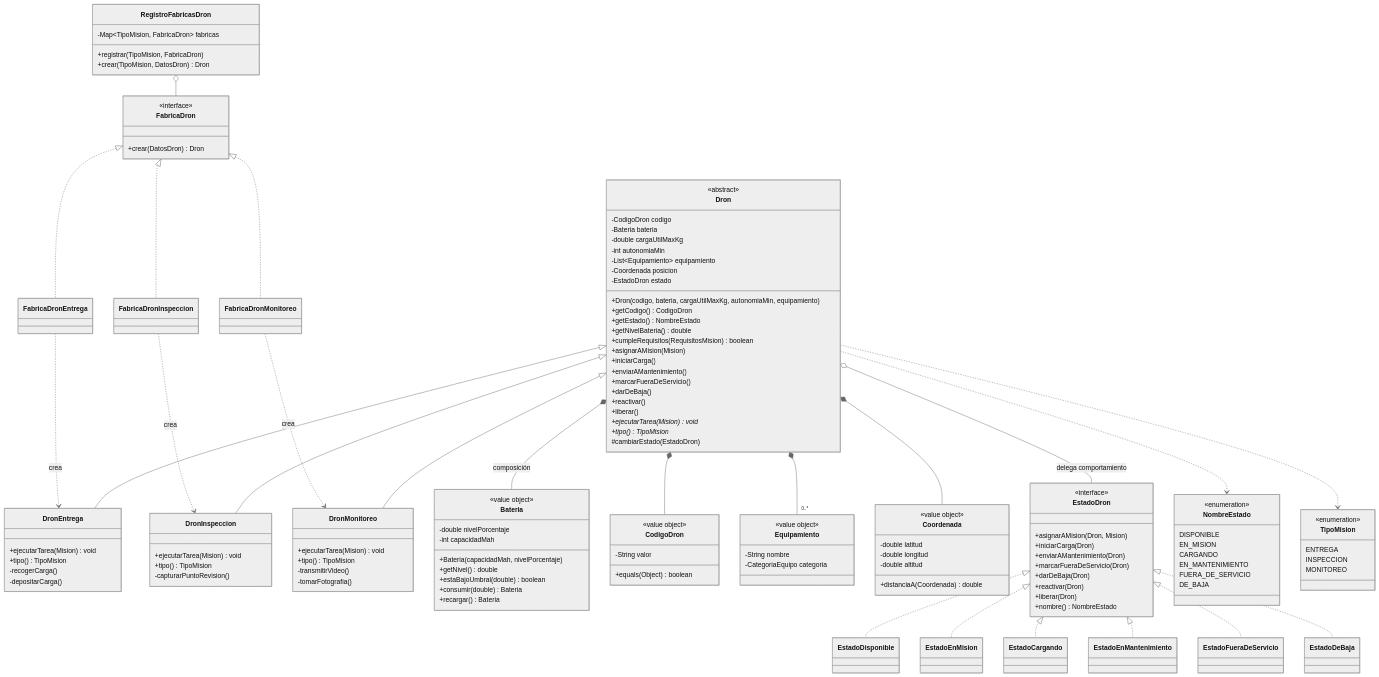
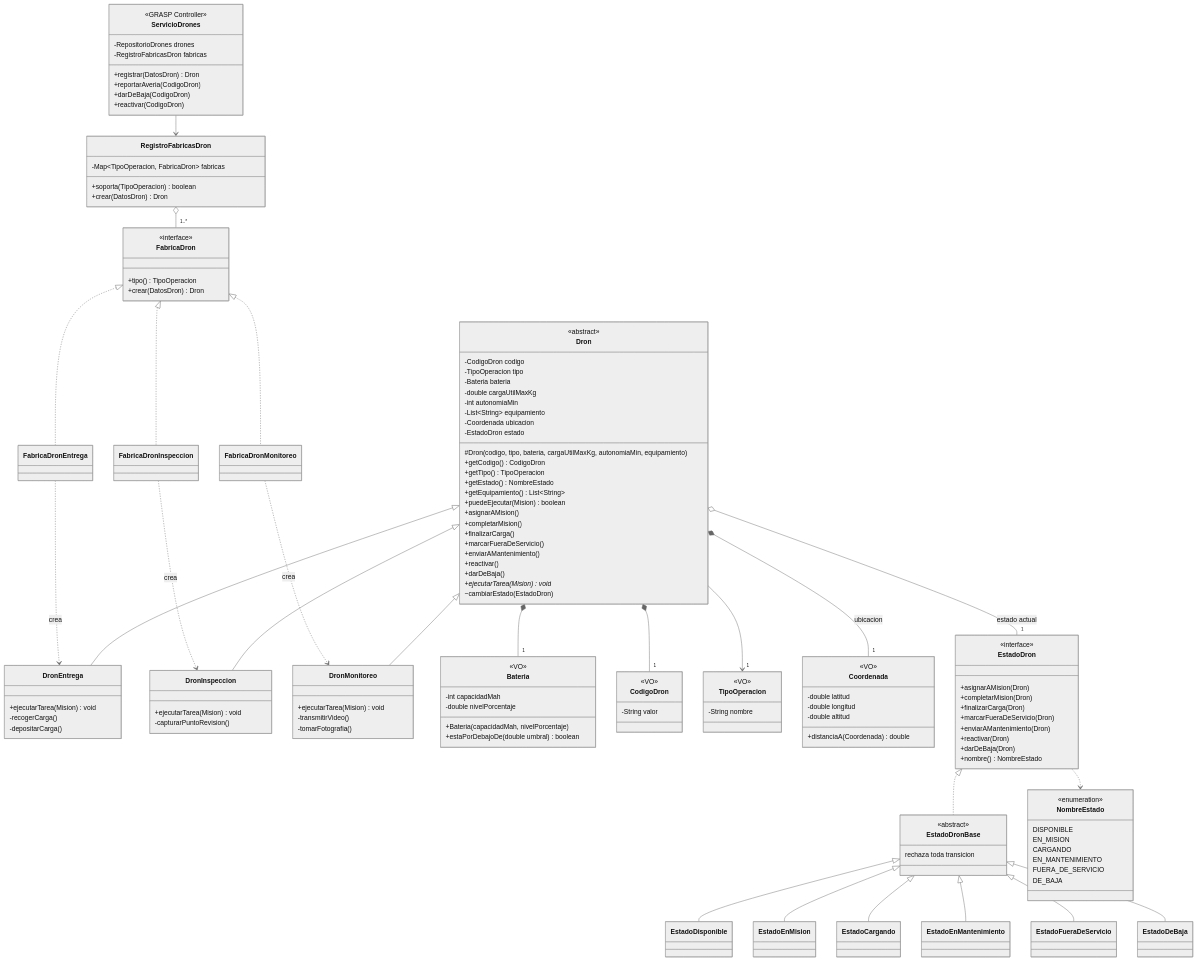
One commit to Juanescuaran2041/dronflow changed the first of 7 diagrams in docs/diagrama-clases.md. Above: the diagram before and after it, drawn with Mermaid (neutral theme). The commit also changed other lines of this file and 11 other files, not shown here.

````diff
--- a/docs/diagrama-clases.md
+++ b/docs/diagrama-clases.md
@@ -17,68 +16,61 @@
     class Dron {
         <<abstract>>
         -CodigoDron codigo
+        -TipoOperacion tipo
         -Bateria bateria
         -double cargaUtilMaxKg
         -int autonomiaMin
-        -List~Equipamiento~ equipamiento
-        -Coordenada posicion
+        -List~String~ equipamiento
+        -Coordenada ubicacion
         -EstadoDron estado
-        +Dron(codigo, bateria, cargaUtilMaxKg, autonomiaMin, equipamiento)
+        #Dron(codigo, tipo, bateria, cargaUtilMaxKg, autonomiaMin, equipamiento)
         +getCodigo() CodigoDron
+        +getTipo() TipoOperacion
         +getEstado() NombreEstado
-        +getNivelBateria() double
-        +cumpleRequisitos(RequisitosMision) boolean
-        +asignarAMision(Mision)
-        +iniciarCarga()
+        +getEquipamiento() List~String~
+        +puedeEjecutar(Mision) boolean
+        +asignarAMision()
+        +completarMision()
+        +finalizarCarga()
+        +marcarFueraDeServicio()
         +enviarAMantenimiento()
-        +marcarFueraDeServicio()
+        +reactivar()
         +darDeBaja()
-        +reactivar()
-        +liberar()
         +ejecutarTarea(Mision)* void
-        +tipo()* TipoMision
-        #cambiarEstado(EstadoDron)
+        ~cambiarEstado(EstadoDron)
     }
     class DronEntrega {
         +ejecutarTarea(Mision) void
-        +tipo() TipoMision
         -recogerCarga()
         -depositarCarga()
     }
     class DronInspeccion {
         +ejecutarTarea(Mision) void
-        +tipo() TipoMision
         -capturarPuntoRevision()
     }
     class DronMonitoreo {
         +ejecutarTarea(Mision) void
-        +tipo() TipoMision
         -transmitirVideo()
         -tomarFotografia()
     }
 
     class Bateria {
-        <<value object>>
+        <<VO>>
+        -int capacidadMah
         -double nivelPorcentaje
-        -int capacidadMah
         +Bateria(capacidadMah, nivelPorcentaje)
-        +getNivel() double
-        +estaBajoUmbral(double) boolean
-        +consumir(double) Bateria
-        +recargar() Bateria
+        +estaPorDebajoDe(double umbral) boolean
     }
     class CodigoDron {
-        <<value object>>
+        <<VO>>
         -String valor
-        +equals(Object) boolean
     }
-    class Equipamiento {
-        <<value object>>
+    class TipoOperacion {
+        <<VO>>
         -String nombre
-        -CategoriaEquipo categoria
     }
     class Coordenada {
-        <<value object>>
+        <<VO>>
         -double latitud
         -double longitud
         -double altitud
@@ -87,14 +79,18 @@
 
     class EstadoDron {
         <<interface>>
-        +asignarAMision(Dron, Mision)
-        +iniciarCarga(Dron)
+        +asignarAMision(Dron)
+        +completarMision(Dron)
+        +finalizarCarga(Dron)
+        +marcarFueraDeServicio(Dron)
         +enviarAMantenimiento(Dron)
-        +marcarFueraDeServicio(Dron)
+        +reactivar(Dron)
         +darDeBaja(Dron)
-        +reactivar(Dron)
-        +liberar(Dron)
         +nombre() NombreEstado
+    }
+    class EstadoDronBase {
+        <<abstract>>
+        rechaza toda transicion
     }
     class EstadoDisponible
     class EstadoEnMision
@@ -102,7 +98,6 @@
     class EstadoEnMantenimiento
     class EstadoFueraDeServicio
     class EstadoDeBaja
-
     class NombreEstado {
         <<enumeration>>
         DISPONIBLE
@@ -112,50 +107,52 @@
         FUERA_DE_SERVICIO
         DE_BAJA
     }
-    class TipoMision {
-        <<enumeration>>
-        ENTREGA
-        INSPECCION
-        MONITOREO
-    }
 
     class FabricaDron {
         <<interface>>
+        +tipo() TipoOperacion
         +crear(DatosDron) Dron
     }
     class FabricaDronEntrega
     class FabricaDronInspeccion
     class FabricaDronMonitoreo
     class RegistroFabricasDron {
-        -Map~TipoMision, FabricaDron~ fabricas
-        +registrar(TipoMision, FabricaDron)
-        +crear(TipoMision, DatosDron) Dron
+        -Map~TipoOperacion, FabricaDron~ fabricas
+        +soporta(TipoOperacion) boolean
+        +crear(DatosDron) Dron
+    }
+    class ServicioDrones {
+        <<GRASP Controller>>
+        -RepositorioDrones drones
+        -RegistroFabricasDron fabricas
+        +registrar(DatosDron) Dron
+        +reportarAveria(CodigoDron)
+        +darDeBaja(CodigoDron)
+        +reactivar(CodigoDron)
     }
 
     Dron <|-- DronEntrega
     Dron <|-- DronInspeccion
     Dron <|-- DronMonitoreo
-
-    Dron *-- Bateria : composición
-    Dron *-- CodigoDron
-    Dron *-- "0..*" Equipamiento
-    Dron *-- Coordenada
-    Dron o-- EstadoDron : delega comportamiento
-    Dron ..> TipoMision
-    Dron ..> NombreEstado
-
-    EstadoDron <|.. EstadoDisponible
-    EstadoDron <|.. EstadoEnMision
-    EstadoDron <|.. EstadoCargando
-    EstadoDron <|.. EstadoEnMantenimiento
-    EstadoDron <|.. EstadoFueraDeServicio
-    EstadoDron <|.. EstadoDeBaja
-
+    Dron *-- "1" Bateria
+    Dron *-- "1" CodigoDron
+    Dron --> "1" TipoOperacion
+    Dron *-- "1" Coordenada : ubicacion
+    Dron o-- "1" EstadoDron : estado actual
+    EstadoDron <|.. EstadoDronBase
+    EstadoDronBase <|-- EstadoDisponible
+    EstadoDronBase <|-- EstadoEnMision
+    EstadoDronBase <|-- EstadoCargando
+    EstadoDronBase <|-- EstadoEnMantenimiento
+    EstadoDronBase <|-- EstadoFueraDeServicio
+    EstadoDronBase <|-- EstadoDeBaja
+    EstadoDron ..> NombreEstado
     FabricaDron <|.. FabricaDronEntrega
     FabricaDron <|.. FabricaDronInspeccion
     FabricaDron <|.. FabricaDronMonitoreo
-    RegistroFabricasDron o-- FabricaDron
     FabricaDronEntrega ..> DronEntrega : crea
     FabricaDronInspeccion ..> DronInspeccion : crea
     FabricaDronMonitoreo ..> DronMonitoreo : crea
+    RegistroFabricasDron o-- "1..*" FabricaDron
+    ServicioDrones --> RegistroFabricasDron
 ```
````
